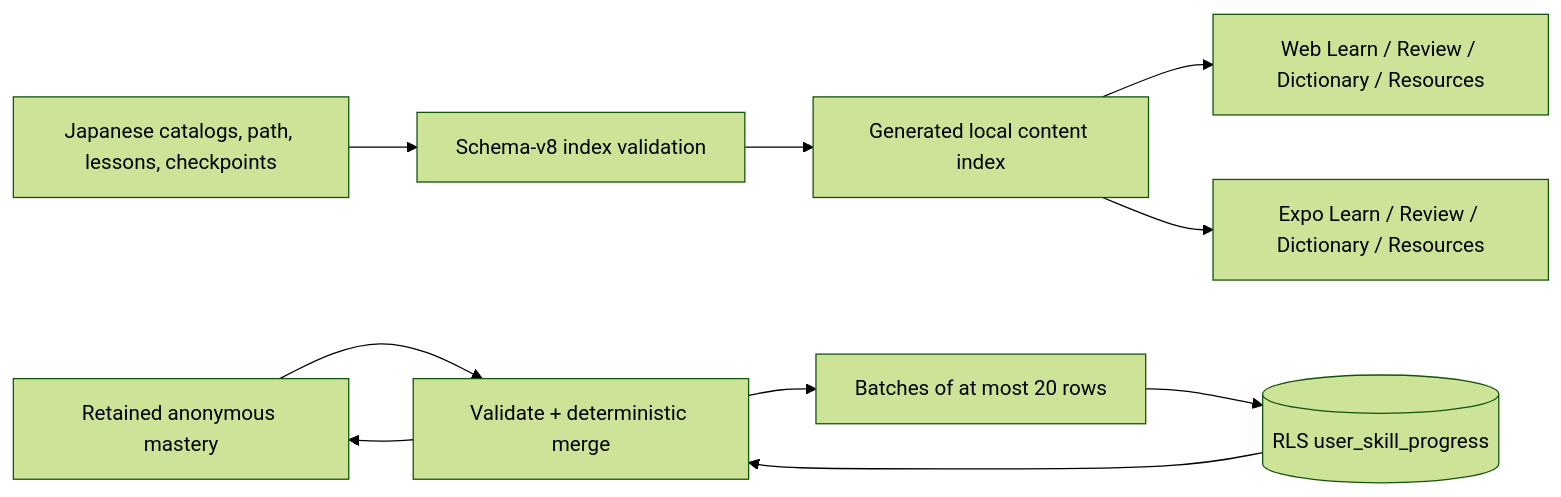
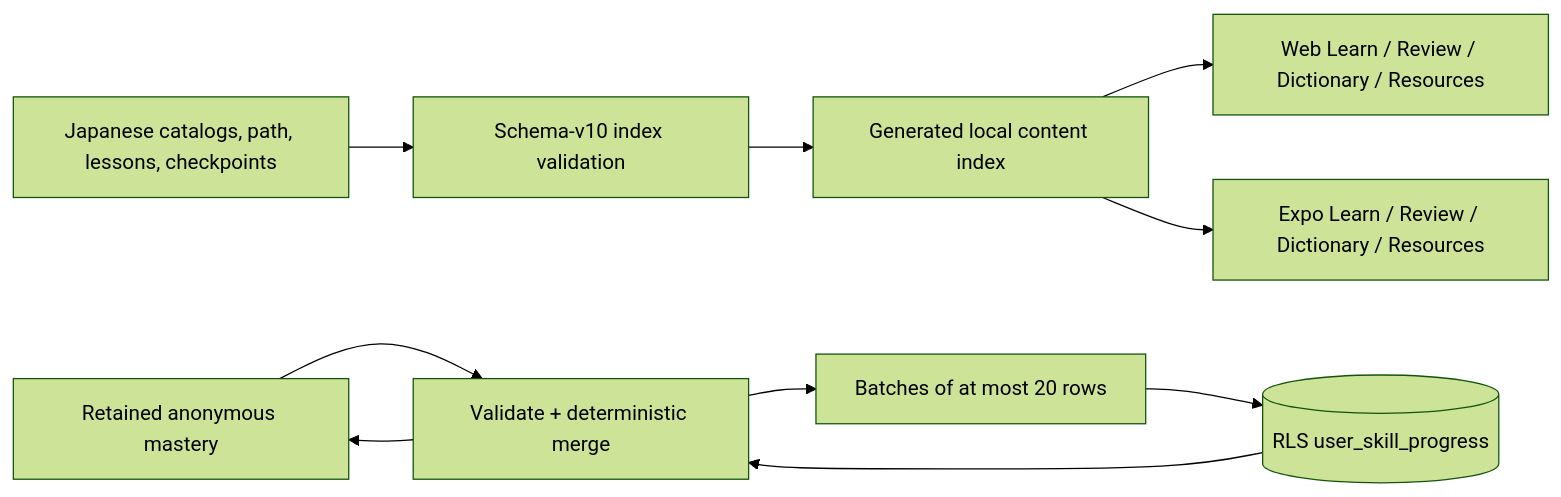
One commit to dano-gutierrez/codematica changed the first of 2 diagrams in docs/features/japanese-language-learning.md. Above: the diagram before and after it, drawn with Mermaid (forest theme). The commit also changed other lines of this file and 104 other files, not shown here.

````diff
--- a/docs/features/japanese-language-learning.md
+++ b/docs/features/japanese-language-learning.md
@@ -108,12 +121,12 @@
 ```mermaid
 flowchart LR
-  Catalogs["Japanese catalogs, path, lessons, checkpoints"] --> Validator["Schema-v8 index validation"]
+  Catalogs["Japanese catalogs, path, lessons, checkpoints"] --> Validator["Schema-v10 index validation"]
   Validator --> Index["Generated local content index"]
   Index --> Web["Web Learn / Review / Dictionary / Resources"]
   Index --> Native["Expo Learn / Review / Dictionary / Resources"]
   Local["Retained anonymous mastery"] --> Merge["Validate + deterministic merge"]
   Remote[("RLS user_skill_progress")] --> Merge
   Merge --> Local
   Merge --> Batch["Batches of at most 20 rows"]
   Batch --> Remote
 ```
````
